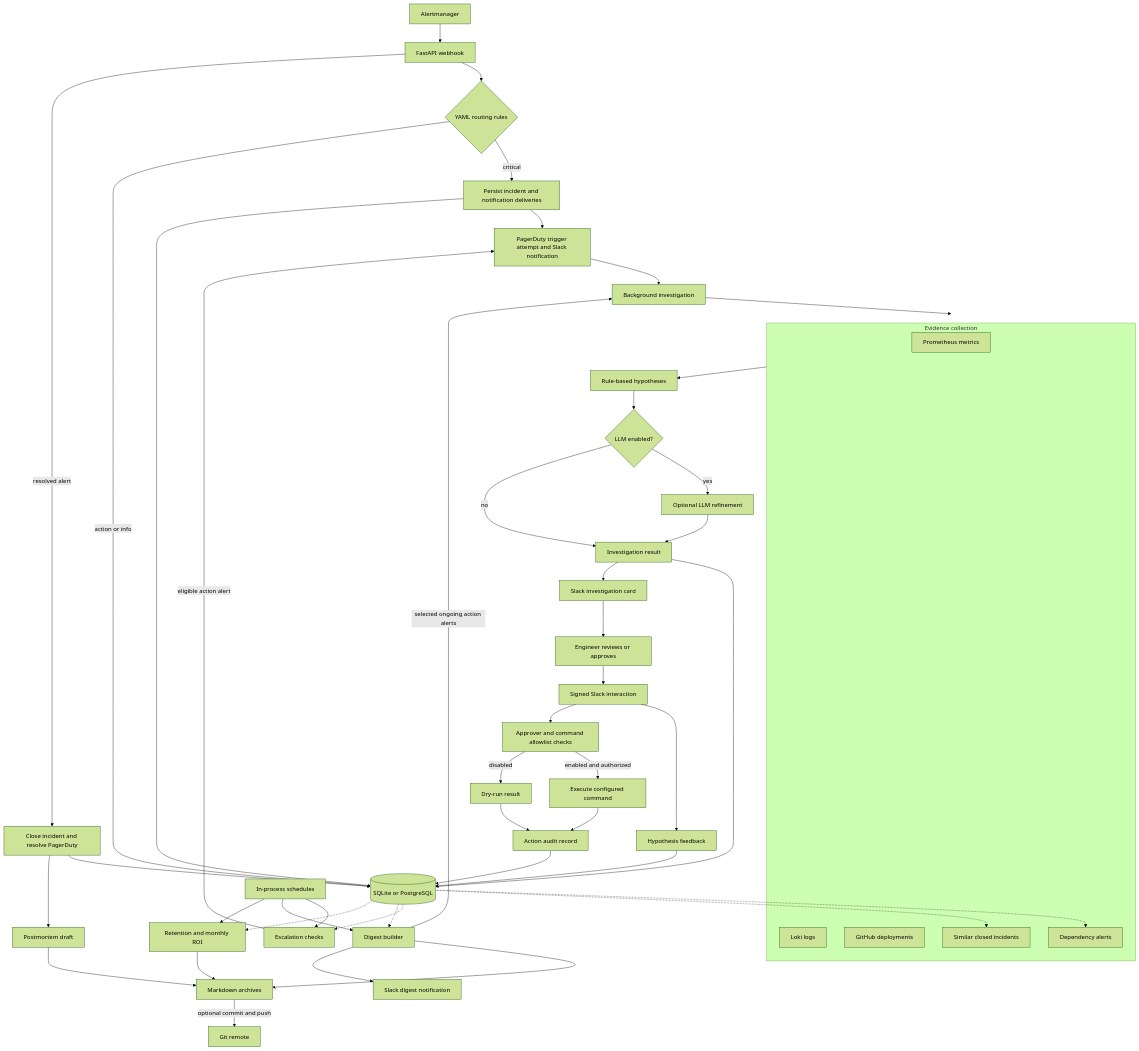
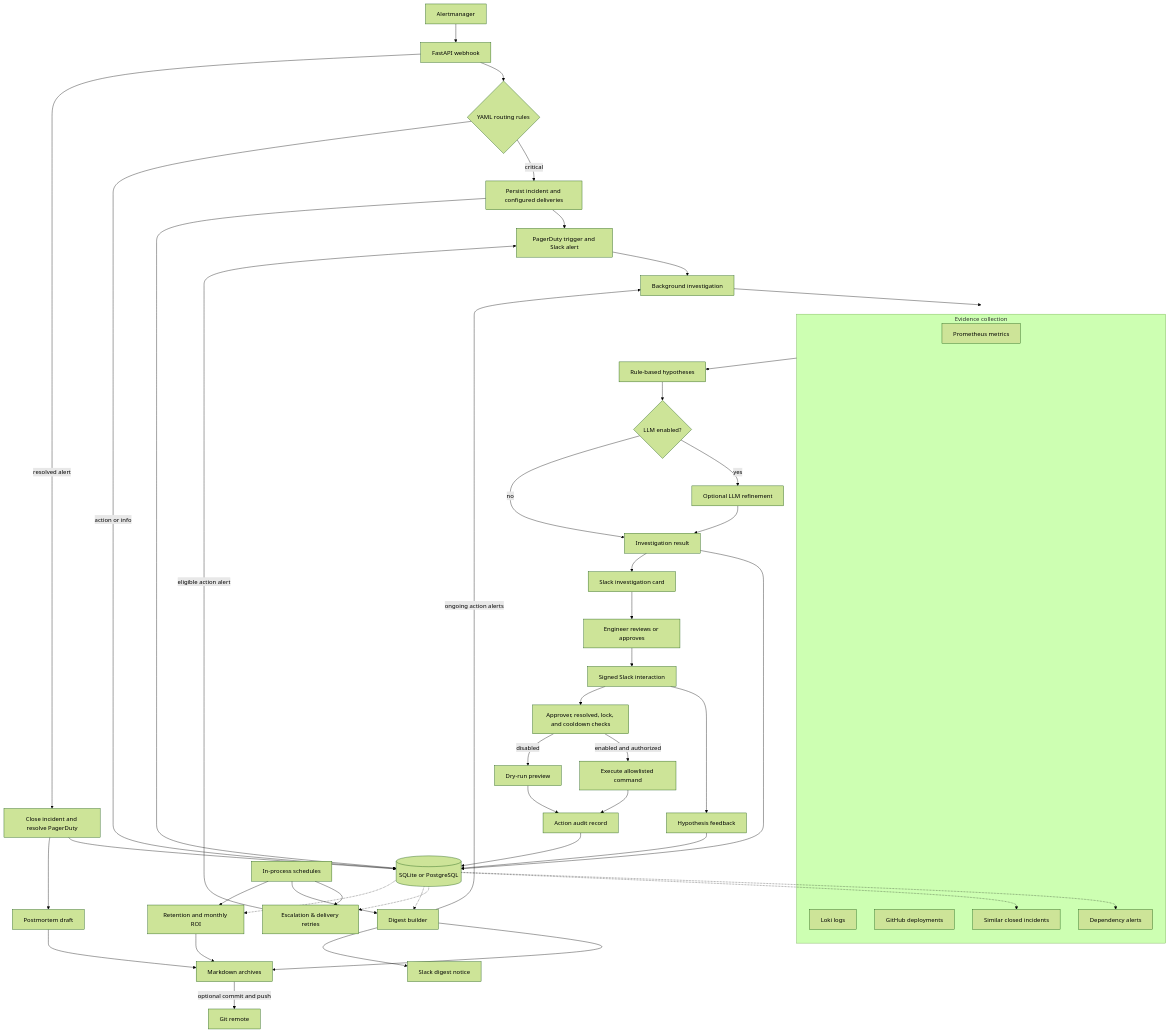
The diagram in README.md (workwithcrow12-art/Incidentlens), drawn with Mermaid (forest theme) before and after one commit. The commit also changed other lines of this file and 62 other files, not shown here.

Commit message:
Fix action safety, secret redaction, human overrides, dry-run paging, types, and CI

````diff
--- a/README.md
+++ b/README.md
@@ -11,57 +9,57 @@
 ```mermaid
 flowchart TD
-    AM[Alertmanager] --> API[FastAPI webhook]
-    API --> ROUTE{YAML routing rules}
-    ROUTE -->|critical| OPEN[Persist incident and notification deliveries]
-    ROUTE -->|action or info| DB[(SQLite or PostgreSQL)]
-    OPEN --> PAGE[PagerDuty trigger attempt and Slack notification]
-    PAGE --> INV[Background investigation]
+    AM["Alertmanager"] --> API["FastAPI webhook"]
+    API --> ROUTE{"YAML routing rules"}
+    ROUTE -->|critical| OPEN["Persist incident and configured deliveries"]
+    ROUTE -->|action or info| DB[("SQLite or PostgreSQL")]
+    OPEN --> PAGE["PagerDuty trigger and Slack alert"]
+    PAGE --> INV["Background investigation"]
     OPEN --> DB
 
-    subgraph Evidence[Evidence collection]
-        PROM[Prometheus metrics]
-        LOKI[Loki logs]
-        GH[GitHub deployments]
-        DEP[Dependency alerts]
-        MEM[Similar closed incidents]
+    subgraph Evidence["Evidence collection"]
+        PROM["Prometheus metrics"]
+        LOKI["Loki logs"]
+        GH["GitHub deployments"]
+        DEP["Dependency alerts"]
+        MEM["Similar closed incidents"]
     end
     INV --> Evidence
     DB -.-> DEP
     DB -.-> MEM
-    Evidence --> RULES[Rule-based hypotheses]
-    RULES --> REFINE{LLM enabled?}
-    REFINE -->|yes| LLM[Optional LLM refinement]
-    REFINE -->|no| RESULT[Investigation result]
+    Evidence --> RULES["Rule-based hypotheses"]
+    RULES --> REFINE{"LLM enabled?"}
+    REFINE -->|yes| LLM["Optional LLM refinement"]
+    REFINE -->|no| RESULT["Investigation result"]
     LLM --> RESULT
     RESULT --> DB
-    RESULT --> SLACK[Slack investigation card]
+    RESULT --> SLACK["Slack investigation card"]
 
-    TIMER[In-process schedules] --> ESC[Escalation checks]
+    TIMER["In-process schedules"] --> ESC["Escalation & delivery retries"]
     DB -.-> ESC
     ESC -->|eligible action alert| PAGE
-    TIMER --> DIGEST[Digest builder]
+    TIMER --> DIGEST["Digest builder"]
     DB -.-> DIGEST
-    DIGEST -->|selected ongoing action alerts| INV
-    DIGEST --> FILES[Markdown archives]
-    DIGEST --> NOTICE[Slack digest notification]
-    TIMER --> MAINT[Retention and monthly ROI]
+    DIGEST -->|ongoing action alerts| INV
+    DIGEST --> FILES["Markdown archives"]
+    DIGEST --> NOTICE["Slack digest notice"]
+    TIMER --> MAINT["Retention and monthly ROI"]
     DB -.-> MAINT
     MAINT --> FILES
 
-    API -->|resolved alert| CLOSE[Close incident and resolve PagerDuty]
+    API -->|resolved alert| CLOSE["Close incident and resolve PagerDuty"]
     CLOSE --> DB
-    CLOSE --> POST[Postmortem draft]
+    CLOSE --> POST["Postmortem draft"]
     POST --> FILES
-    FILES -->|optional commit and push| GIT[Git remote]
+    FILES -->|optional commit and push| GIT["Git remote"]
 
-    SLACK --> HUMAN[Engineer reviews or approves]
-    HUMAN --> SIGNED[Signed Slack interaction]
-    SIGNED --> FEEDBACK[Hypothesis feedback]
+    SLACK --> HUMAN["Engineer reviews or approves"]
+    HUMAN --> SIGNED["Signed Slack interaction"]
+    SIGNED --> FEEDBACK["Hypothesis feedback"]
     FEEDBACK --> DB
-    SIGNED --> ACTION[Approver and command allowlist checks]
-    ACTION -->|enabled and authorized| CMD[Execute configured command]
-    ACTION -->|disabled| DRY[Dry-run result]
-    CMD --> AUDIT[Action audit record]
+    SIGNED --> ACTION["Approver, resolved, lock, and cooldown checks"]
+    ACTION -->|enabled and authorized| CMD["Execute allowlisted command"]
+    ACTION -->|disabled| DRY["Dry-run preview"]
+    CMD --> AUDIT["Action audit record"]
     DRY --> AUDIT
     AUDIT --> DB
 ```
````
